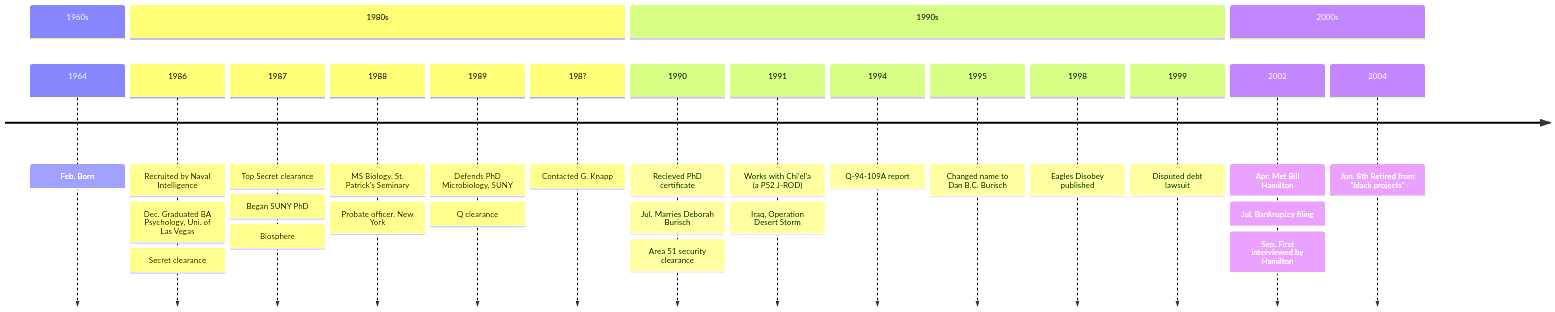
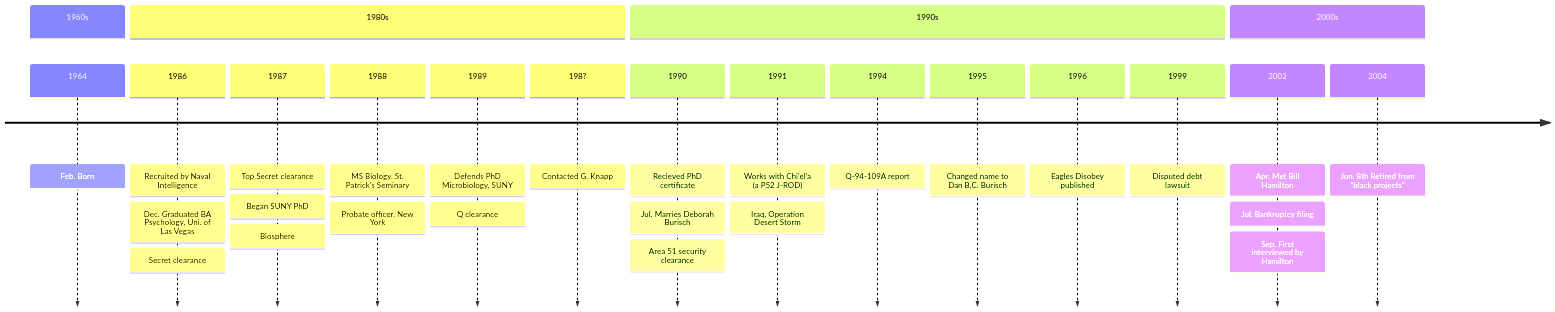
The diagram in docs/people/burisch_dan.md (Black-Star-Institute/blackstar.github.io), drawn with Mermaid before and after one commit. The commit also changed other lines of this file, not shown here.

````diff
--- a/docs/people/burisch_dan.md
+++ b/docs/people/burisch_dan.md
@@ -9,32 +9,32 @@
 ```mermaid
 timeline
     section 1960s
         1964 : Feb. Born
     section 1980s
         1986 : Recruited by Naval Intelligence
              : Dec. Graduated BA Psychology, Uni. of Las Vegas
              : Secret clearance
         1987 : Top Secret clearance
              : Began SUNY PhD
              : Biosphere
         1988 : MS Biology, St. Patrick's Seminary
              : Probate officer, New York
         1989 : Defends PhD Microbiology, SUNY
              : Q clearance
         198? : Contacted G. Knapp
     section 1990s
         1990 : Recieved PhD certificate
              : Jul. Marries Deborah Burisch
              : Area 51 security clearance
         1991 : Works with Chi'el'a (a P52 J-ROD)
              : Iraq, Operation Desert Storm
         1994 : Q-94-109A report
         1995 : Changed name to Dan B.C. Burisch
-        1998 : Eagles Disobey published
+        1996 : Eagles Disobey published
         1999 : Disputed debt lawsuit
     section 2000s
         2002 : Apr. Met Bill Hamilton
              : Jul. Bankruptcy filing
              : Sep. First interviewed by Hamilton
         2004 : Jun. 8th Retired from "black projects"
 ```
````
